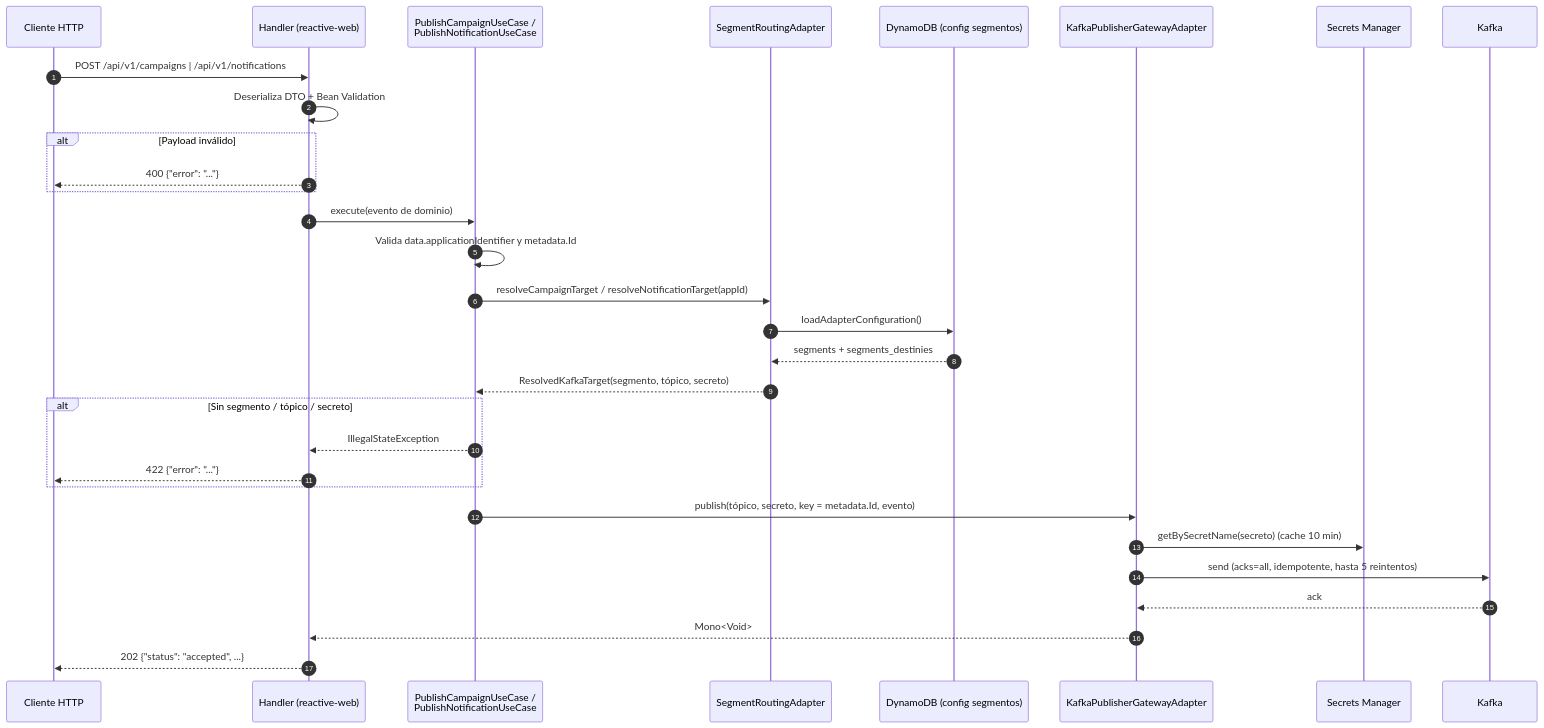
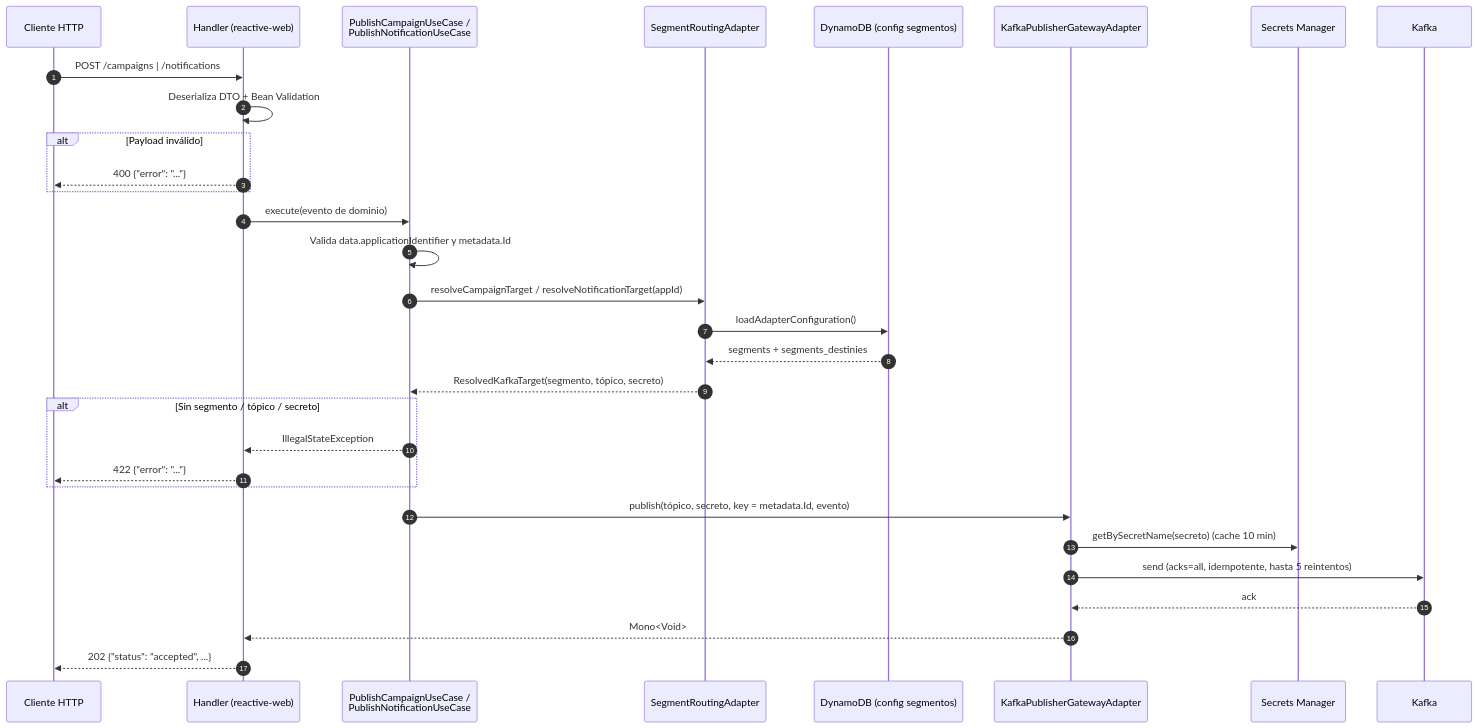
One commit to AndersonArrieta/campaigns-development-plans changed the diagram in pruebas-queuer/docs/README.md. Above: the diagram before and after it, drawn with Mermaid. The commit also changed other lines of this file and 17 other files, not shown here.

First line of the commit message:
refactor(queuer_ms): quitar el prefijo /api/v1 de las rutas de campaigns y notifications

````diff
--- a/pruebas-queuer/docs/README.md
+++ b/pruebas-queuer/docs/README.md
@@ -56,34 +58,34 @@
 ```mermaid
 sequenceDiagram
     autonumber
     participant C as Cliente HTTP
     participant H as Handler (reactive-web)
     participant UC as PublishCampaignUseCase /<br/>PublishNotificationUseCase
     participant SR as SegmentRoutingAdapter
     participant DY as DynamoDB (config segmentos)
     participant KP as KafkaPublisherGatewayAdapter
     participant SM as Secrets Manager
     participant K as Kafka
 
-    C->>H: POST /api/v1/campaigns | /api/v1/notifications
+    C->>H: POST /campaigns | /notifications
     H->>H: Deserializa DTO + Bean Validation
     alt Payload inválido
         H-->>C: 400 {"error": "..."}
     end
     H->>UC: execute(evento de dominio)
     UC->>UC: Valida data.applicationIdentifier y metadata.Id
     UC->>SR: resolveCampaignTarget / resolveNotificationTarget(appId)
     SR->>DY: loadAdapterConfiguration()
     DY-->>SR: segments + segments_destinies
     SR-->>UC: ResolvedKafkaTarget(segmento, tópico, secreto)
     alt Sin segmento / tópico / secreto
         UC-->>H: IllegalStateException
         H-->>C: 422 {"error": "..."}
     end
     UC->>KP: publish(tópico, secreto, key = metadata.Id, evento)
     KP->>SM: getBySecretName(secreto) (cache 10 min)
     KP->>K: send (acks=all, idempotente, hasta 5 reintentos)
     K-->>KP: ack
     KP-->>H: Mono<Void>
     H-->>C: 202 {"status": "accepted", ...}
 ```
````
